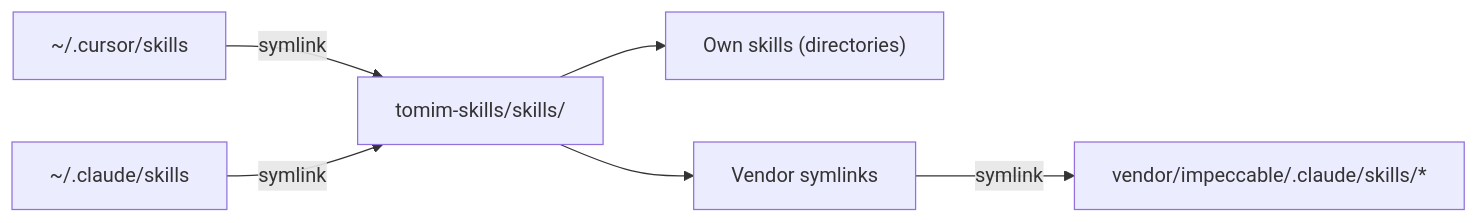
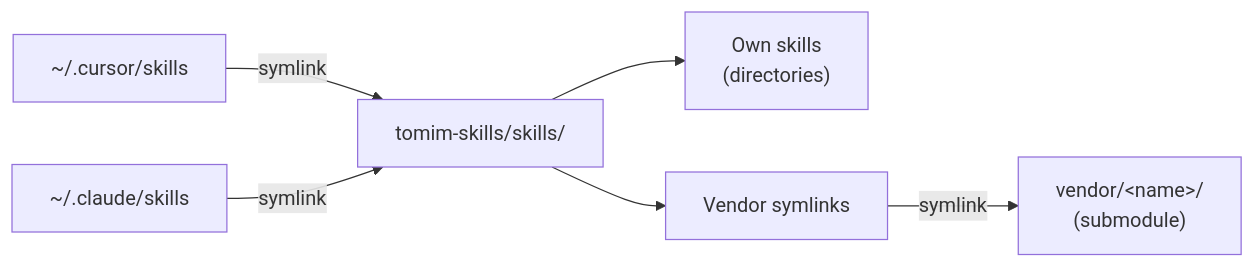
One commit to tomimor/skills changed the diagram in README.md. Above: the diagram before and after it, drawn with Mermaid. The commit also changed other lines of this file, not shown here.

Commit message:
docs: revamp README presentation and complete skills catalog

````diff
--- a/README.md
+++ b/README.md
@@ -11,8 +38,8 @@
 ```mermaid
 graph LR
     CursorSkills["~/.cursor/skills"] -->|symlink| SkillsDir["tomim-skills/skills/"]
     ClaudeSkills["~/.claude/skills"] -->|symlink| SkillsDir
-    SkillsDir --> OwnSkills["Own skills (directories)"]
+    SkillsDir --> OwnSkills["Own skills<br/>(directories)"]
     SkillsDir --> VendorLinks["Vendor symlinks"]
-    VendorLinks -->|symlink| VendorDir["vendor/impeccable/.claude/skills/*"]
+    VendorLinks -->|symlink| VendorDir["vendor/&lt;name&gt;/<br/>(submodule)"]
 ```
````
